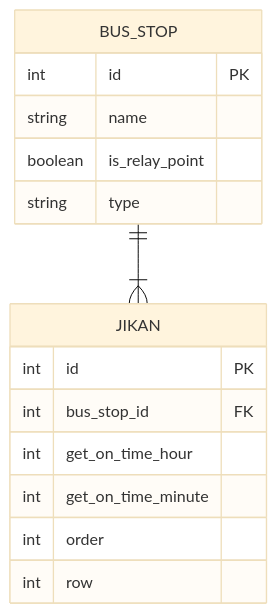
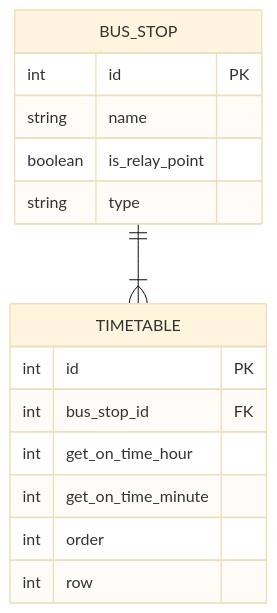
Before and after one commit to taiseifukushi/kbus_timetable: the second of 2 diagrams in doc/diagram.md, drawn with Mermaid (base theme). The commit also changed 6 other files, not shown here.

````diff
--- a/doc/diagram.md
+++ b/doc/diagram.md
@@ -31,19 +31,19 @@
 ```mermaid
 erDiagram
-    BUS_STOP ||--|{ JIKAN: ""
+    BUS_STOP ||--|{ TIMETABLE: ""
 
     BUS_STOP {
         int id PK
         string name
         boolean is_relay_point
         string type
     }
-    JIKAN {
+    TIMETABLE {
         int id PK
         int bus_stop_id FK
         int get_on_time_hour
         int get_on_time_minute
         int order
         int row
     }
 ```
````
